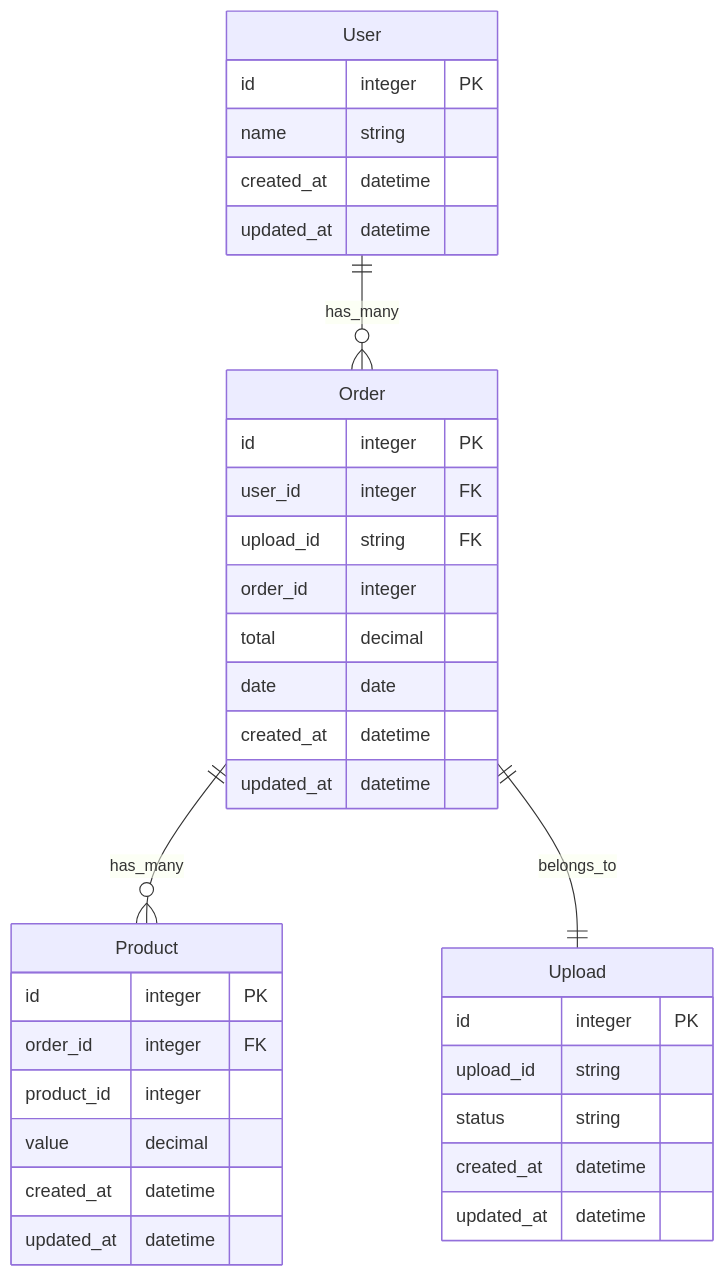
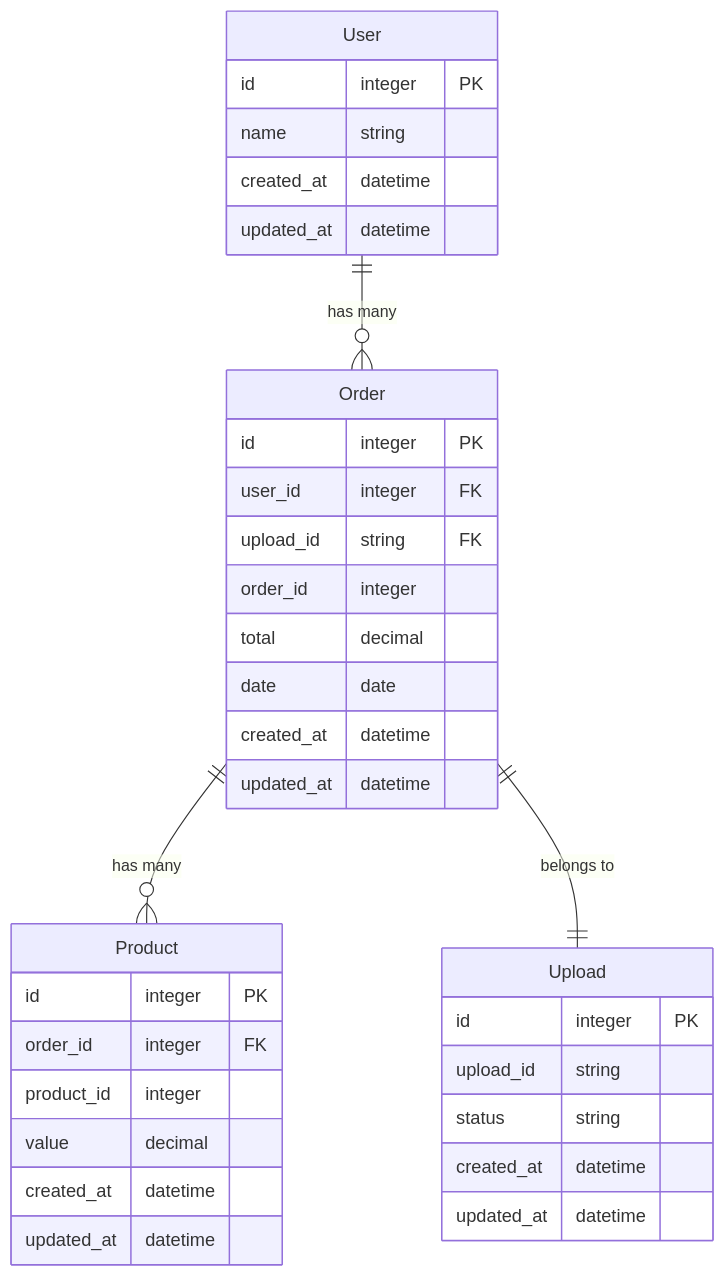
The second of 5 diagrams in README.md (enogrob/project-order-normalizer-api), drawn with Mermaid before and after one commit. The commit also changed other lines of this file, not shown here.

````diff
--- a/README.md
+++ b/README.md
@@ -99,41 +107,41 @@
 ```mermaid
 erDiagram
-    User ||--o{ Order : "has_many"
-    Order ||--o{ Product : "has_many"
-    Order ||--|| Upload : "belongs_to"
+    User ||--o{ Order : "has many"
+    Order ||--o{ Product : "has many"
+    Order ||--|| Upload : "belongs to"
     
     User {
         id integer PK
         name string
         created_at datetime
         updated_at datetime
     }
     
     Order {
         id integer PK
         user_id integer FK
         upload_id string FK
         order_id integer
         total decimal
         date date
         created_at datetime
         updated_at datetime
     }
     
     Product {
         id integer PK
         order_id integer FK
         product_id integer
         value decimal
         created_at datetime
         updated_at datetime
     }
     
     Upload {
         id integer PK
         upload_id string
         status string
         created_at datetime
         updated_at datetime
     }
 ```
````
